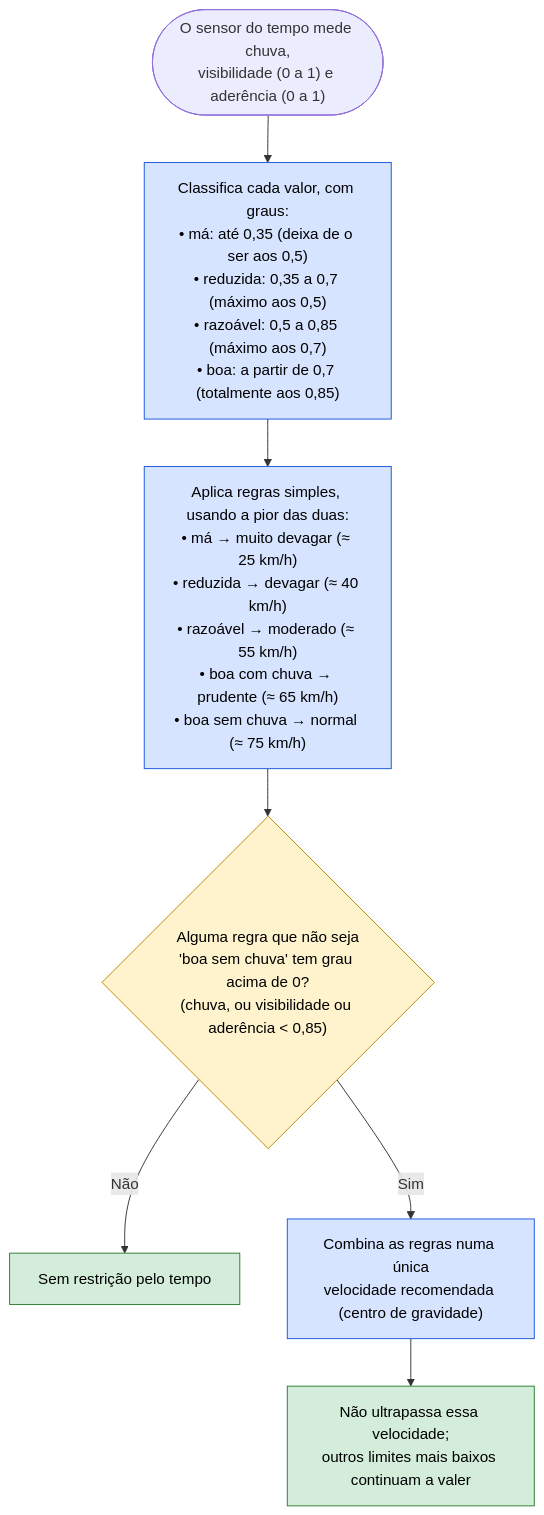
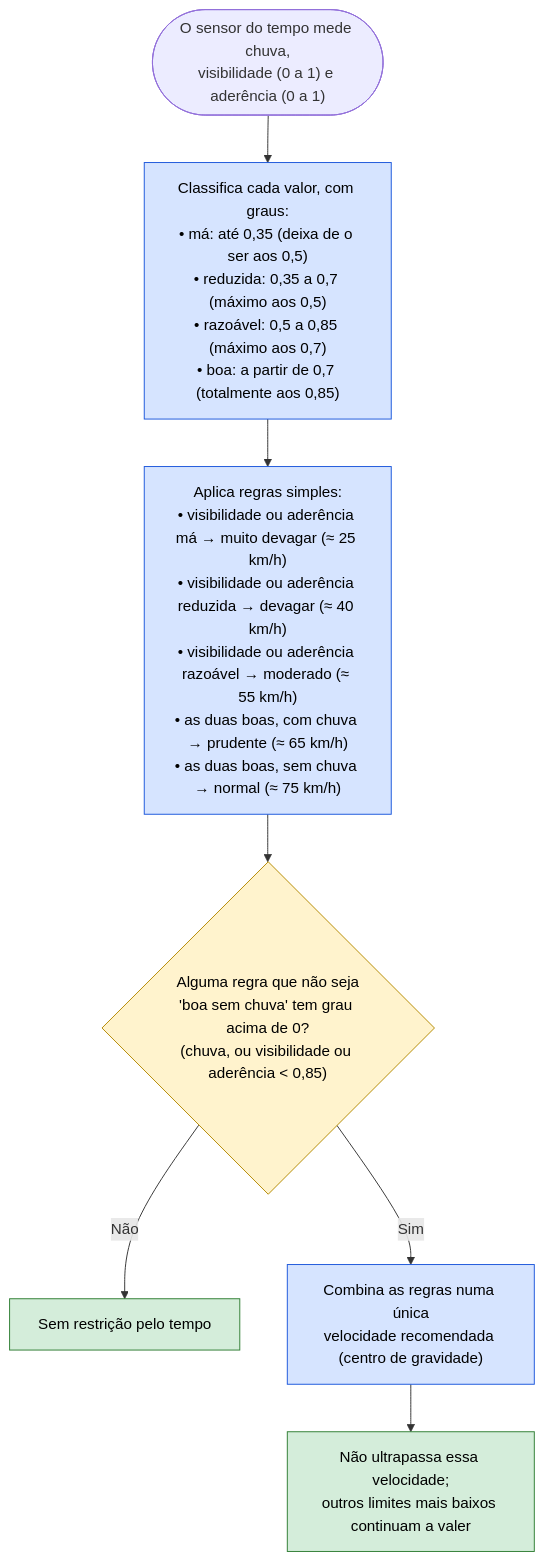
One commit to 1-2Drive/projeto-1 changed the diagram in docs/fluxogramas/fluxogramas_apresentar/18-chuva-e-visibilidade.md. Above: the diagram before and after it, drawn with Mermaid. The commit also changed other lines of this file and 38 other files, not shown here.

````diff
--- a/docs/fluxogramas/fluxogramas_apresentar/18-chuva-e-visibilidade.md
+++ b/docs/fluxogramas/fluxogramas_apresentar/18-chuva-e-visibilidade.md
@@ -7,16 +7,16 @@
 ```mermaid
 flowchart TD
     S(["O sensor do tempo mede chuva,<br/>visibilidade (0 a 1) e aderência (0 a 1)"]) --> P1["Classifica cada valor, com graus:<br/>• má: até 0,35 (deixa de o ser aos 0,5)<br/>• reduzida: 0,35 a 0,7 (máximo aos 0,5)<br/>• razoável: 0,5 a 0,85 (máximo aos 0,7)<br/>• boa: a partir de 0,7 (totalmente aos 0,85)"]
-    P1 --> P2["Aplica regras simples, usando a pior das duas:<br/>• má → muito devagar (≈ 25 km/h)<br/>• reduzida → devagar (≈ 40 km/h)<br/>• razoável → moderado (≈ 55 km/h)<br/>• boa com chuva → prudente (≈ 65 km/h)<br/>• boa sem chuva → normal (≈ 75 km/h)"]
+    P1 --> P2["Aplica regras simples:<br/>• visibilidade ou aderência má → muito devagar (≈ 25 km/h)<br/>• visibilidade ou aderência reduzida → devagar (≈ 40 km/h)<br/>• visibilidade ou aderência razoável → moderado (≈ 55 km/h)<br/>• as duas boas, com chuva → prudente (≈ 65 km/h)<br/>• as duas boas, sem chuva → normal (≈ 75 km/h)"]
     P2 --> Q1{"Alguma regra que não seja<br/>'boa sem chuva' tem grau acima de 0?<br/>(chuva, ou visibilidade ou aderência < 0,85)"}
     Q1 -- "Não" --> A2["Sem restrição pelo tempo"]
     Q1 -- "Sim" --> P3["Combina as regras numa única<br/>velocidade recomendada (centro de gravidade)"]
     P3 --> A1["Não ultrapassa essa velocidade;<br/>outros limites mais baixos continuam a valer"]
 
     classDef dec fill:#fff3cd,stroke:#b58900,color:#000
     classDef acao fill:#d4edda,stroke:#2e7d32,color:#000
     classDef passo fill:#d6e4ff,stroke:#1a56db,color:#000
     class Q1 dec
     class A1,A2 acao
     class P1,P2,P3 passo
 ```
````
